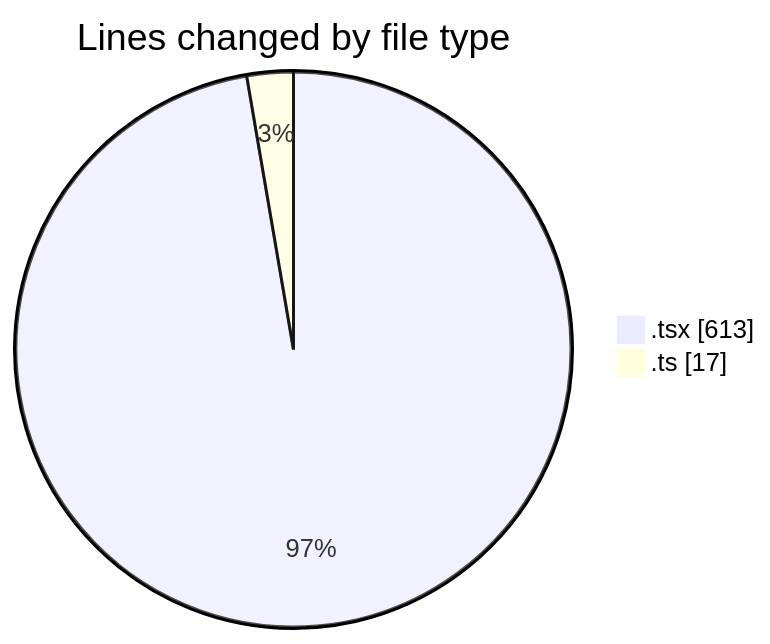
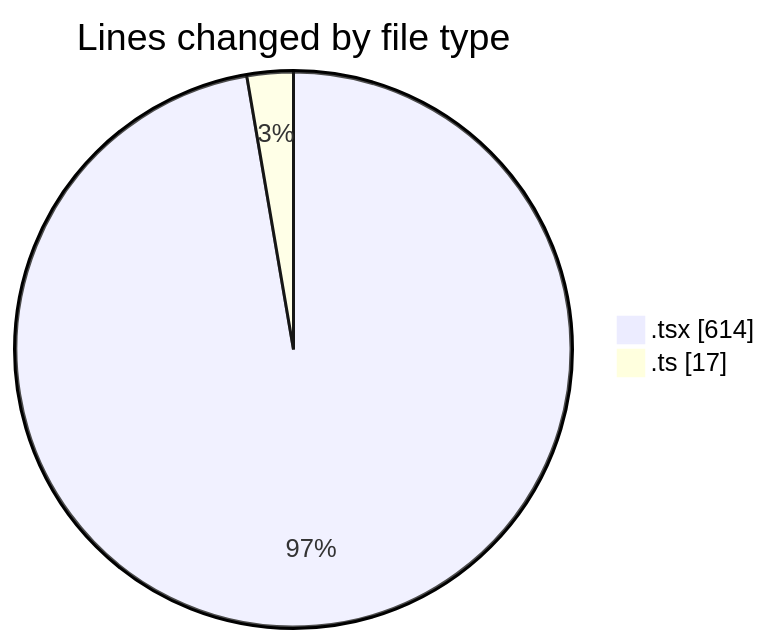
Before and after one commit to momahboobian/code-tracking: the first of 2 diagrams in 2025-04-02/cda/README.md, drawn with Mermaid. The commit also changed other lines of this file and 1 other file, not shown here.

````diff
--- a/2025-04-02/cda/README.md
+++ b/2025-04-02/cda/README.md
@@ -23,6 +23,6 @@
 ```mermaid
 pie showData
 title Lines changed by file type
-".tsx" : 613
+".tsx" : 614
 ".ts" : 17
 ```
````
